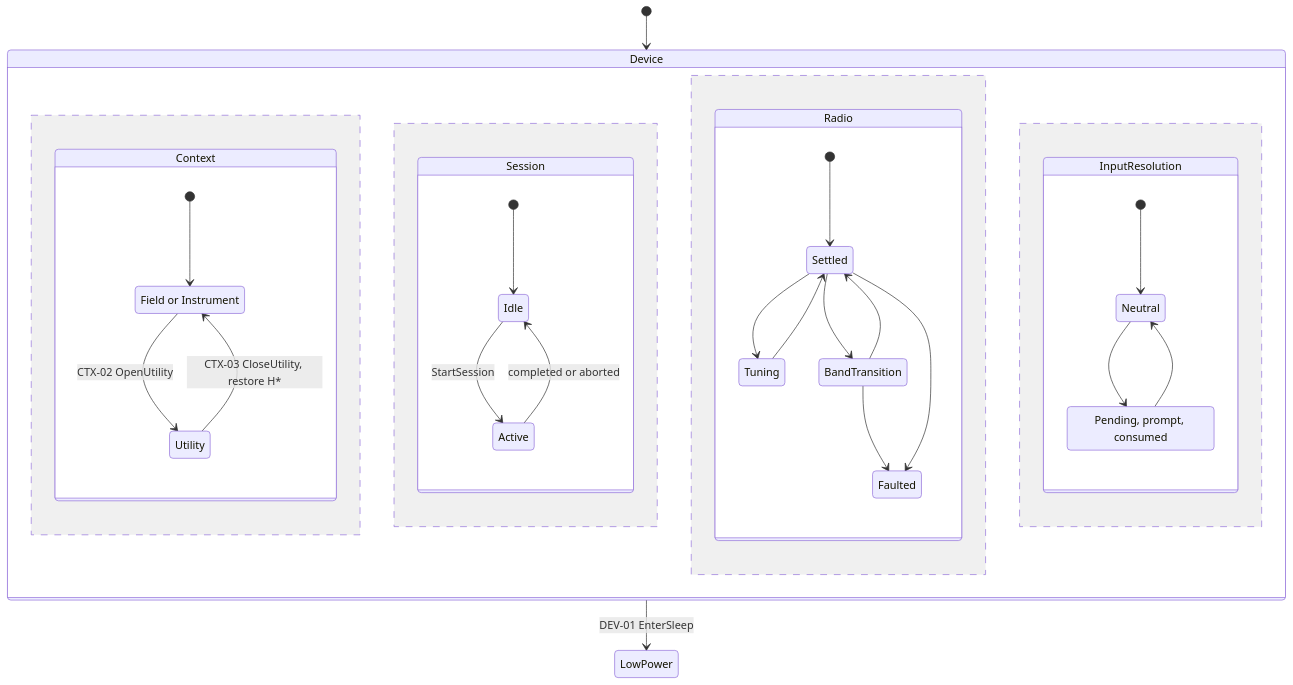
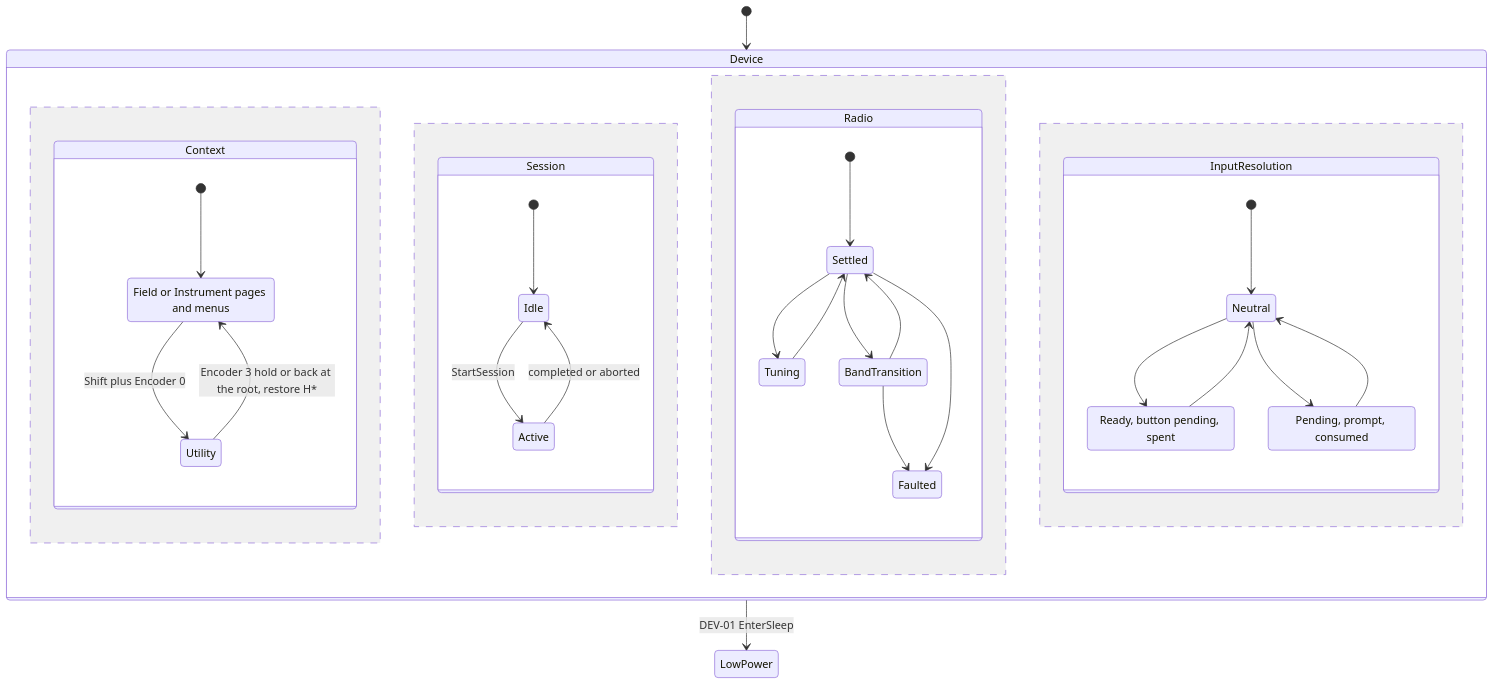
One commit to dwight9339/spooky_box_proto changed the diagram in docs/design/behavior/top-level.md. Above: the diagram before and after it, drawn with Mermaid. The commit also changed other lines of this file and 21 other files, not shown here.

````diff
--- a/docs/design/behavior/top-level.md
+++ b/docs/design/behavior/top-level.md
@@ -13,36 +13,39 @@
 ```mermaid
 stateDiagram-v2
     [*] --> Device
     state Device {
         state Context {
             [*] --> Operating
-            Operating : Field or Instrument
-            Operating --> Utility : CTX-02 OpenUtility
-            Utility --> Operating : CTX-03 CloseUtility, restore H*
+            Operating : Field or Instrument pages and menus
+            Operating --> Utility : Shift plus Encoder 0
+            Utility --> Operating : Encoder 3 hold or back at the root, restore H*
         }
         --
         state Session {
             [*] --> Idle
             Idle --> Active : StartSession
             Active --> Idle : completed or aborted
         }
         --
         state Radio {
             [*] --> Settled
             Settled --> Tuning
             Tuning --> Settled
             Settled --> BandTransition
             BandTransition --> Settled
             BandTransition --> Faulted
             Settled --> Faulted
         }
         --
         state InputResolution {
             [*] --> Neutral
+            Shift : Ready, button pending, spent
             Btn0Held : Pending, prompt, consumed
+            Neutral --> Shift
+            Shift --> Neutral
             Neutral --> Btn0Held
             Btn0Held --> Neutral
         }
     }
     Device --> LowPower : DEV-01 EnterSleep
 ```
````
